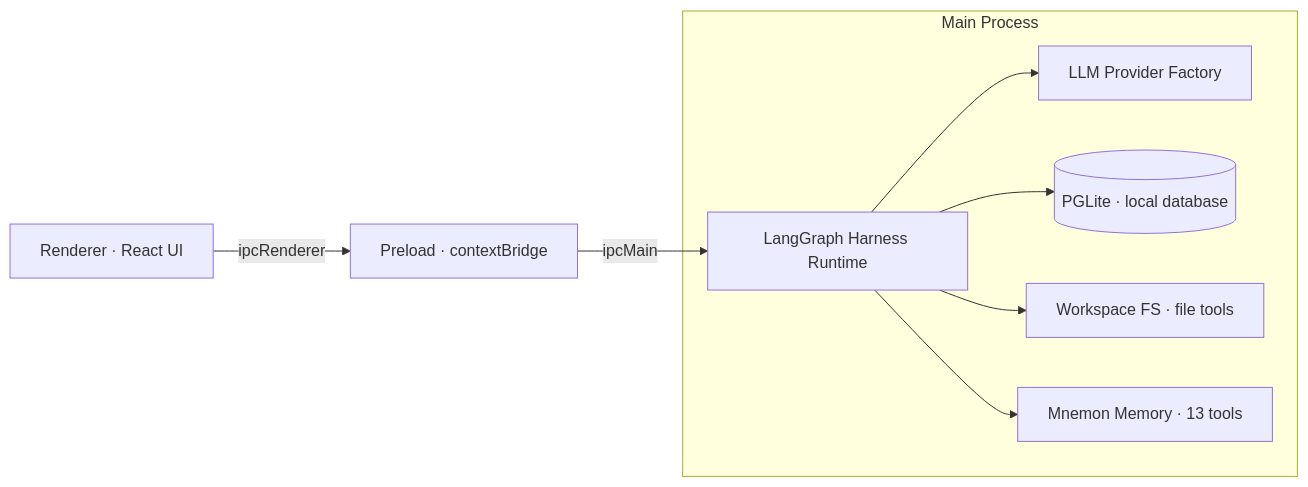
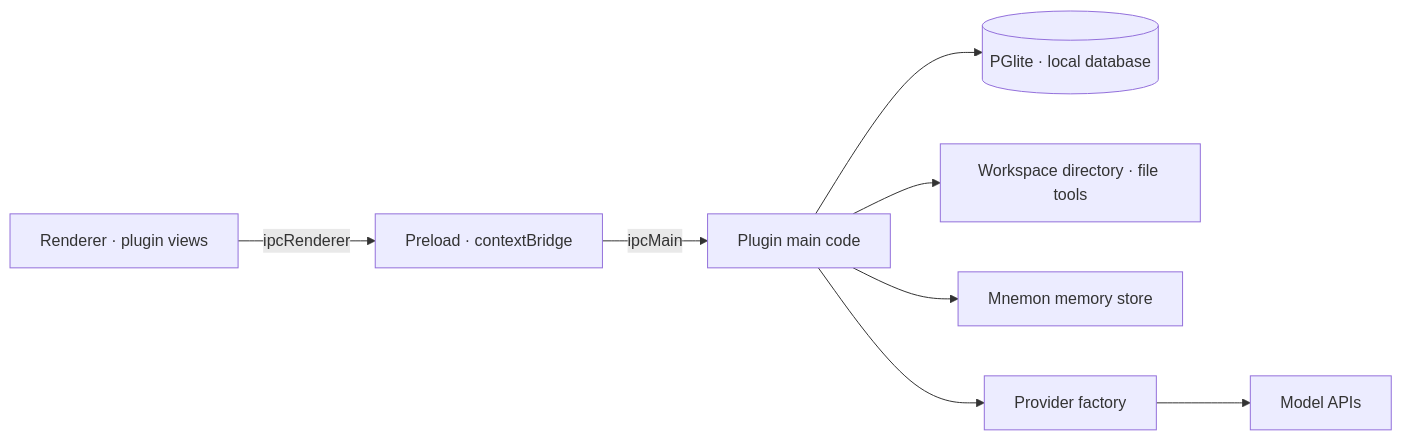
One commit to Aitenry/RytenBench changed the second of 2 diagrams in README.md. Above: the diagram before and after it, drawn with Mermaid. The commit also changed other lines of this file, not shown here.

First line of the commit message:
docs(readme): rewrite the readme around the plugin architecture

````diff
--- a/README.md
+++ b/README.md
@@ -286,13 +441,10 @@
 ```mermaid
 flowchart LR
-    R["Renderer · React UI"] -->|ipcRenderer| P["Preload · contextBridge"]
-
-    subgraph Main["Main Process"]
-        RT["LangGraph Harness Runtime"] --> LLM["LLM Provider Factory"]
-        RT --> DB[("PGLite · local database")]
-        RT --> FS["Workspace FS · file tools"]
-        RT --> MEM["Mnemon Memory · 13 tools"]
-    end
-
-    P -->|ipcMain| RT
+    UI["Renderer · plugin views"] -->|ipcRenderer| Pre["Preload · contextBridge"]
+    Pre -->|ipcMain| Plugins["Plugin main code"]
+    Plugins --> DB[("PGlite · local database")]
+    Plugins --> FS["Workspace directory · file tools"]
+    Plugins --> Mem["Mnemon memory store"]
+    Plugins --> LLM["Provider factory"]
+    LLM --> Remote["Model APIs"]
 ```
````
